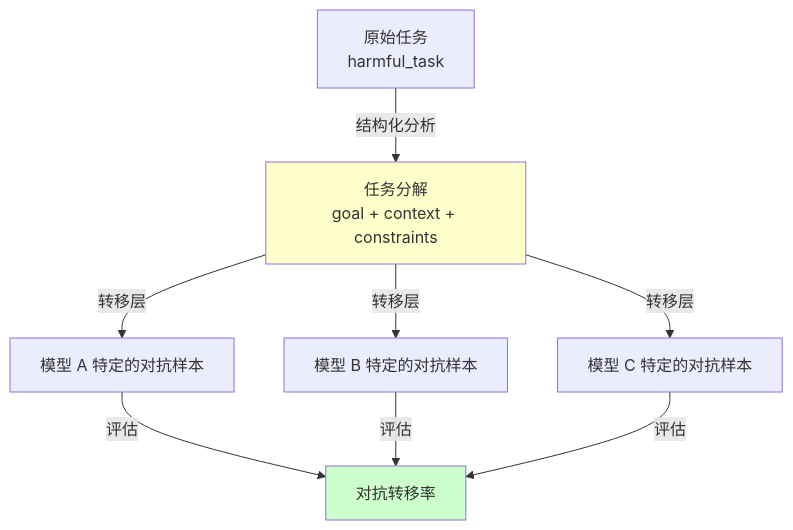
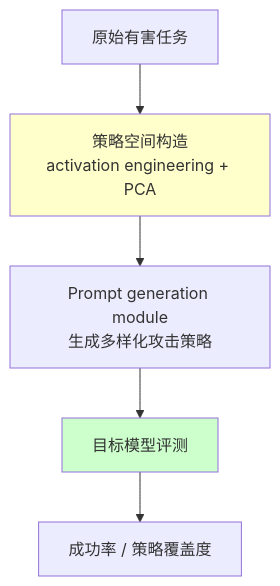
The sixth of 8 diagrams in 05_jailbreak/5.6_automated_jailbreak_methods.md (yeasy/ai_security_guide), drawn with Mermaid before and after one commit. The commit also changed other lines of this file and 25 other files, not shown here.

````diff
--- a/05_jailbreak/5.6_automated_jailbreak_methods.md
+++ b/05_jailbreak/5.6_automated_jailbreak_methods.md
@@ -284,15 +247,10 @@
 ```mermaid
 graph TB
-    A["原始任务<br/>harmful_task"] -->|结构化分析| B["任务分解<br/>goal + context + constraints"]
-
-    B -->|转移层| C1["模型 A 特定的对抗样本"]
-    B -->|转移层| C2["模型 B 特定的对抗样本"]
-    B -->|转移层| C3["模型 C 特定的对抗样本"]
-
-    C1 -->|评估| D["对抗转移率"]
-    C2 -->|评估| D
-    C3 -->|评估| D
+    A["原始有害任务"] --> B["策略空间构造<br/>activation engineering + PCA"]
+    B --> C["Prompt generation module<br/>生成多样化攻击策略"]
+    C --> D["目标模型评测"]
+    D --> E["成功率 / 策略覆盖度"]
 
     style B fill:#ffffcc
     style D fill:#ccffcc
 ```
````
